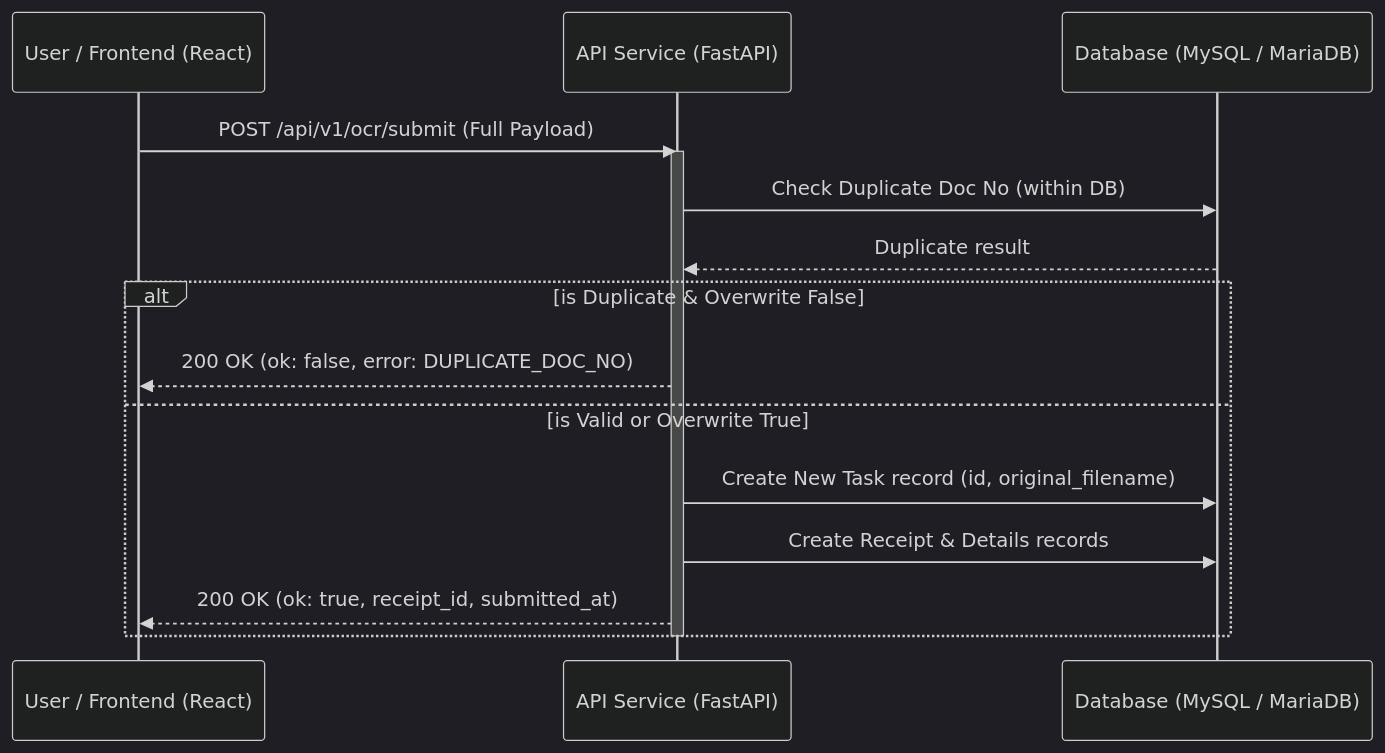
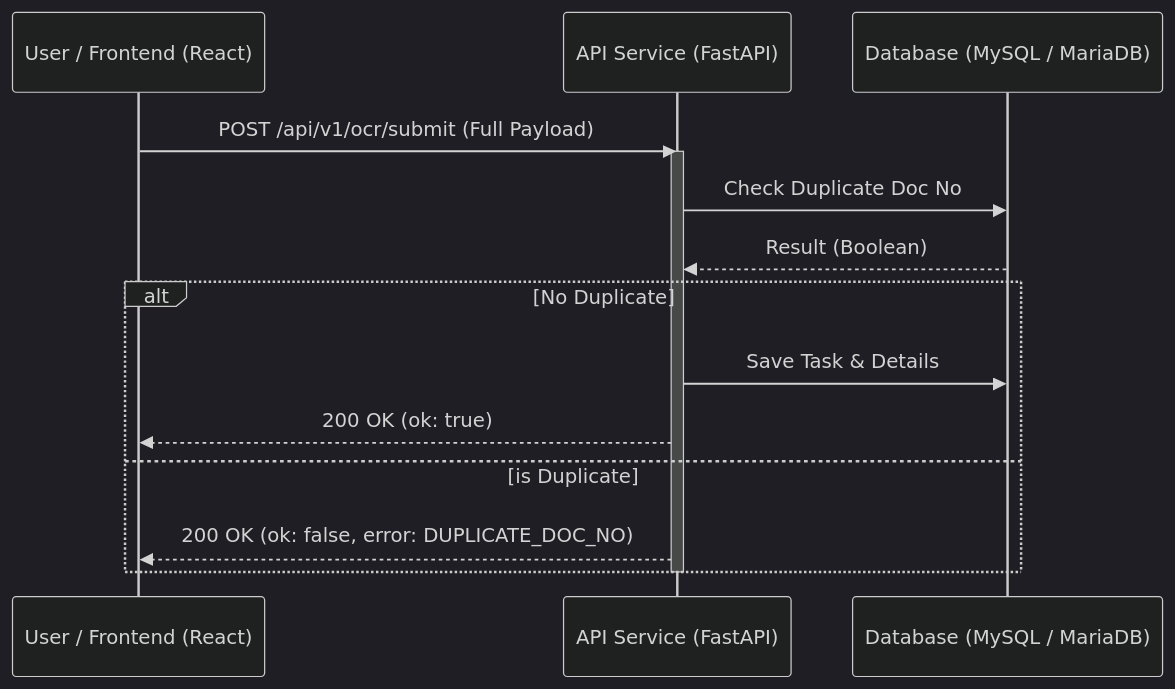
The fifth of 5 diagrams in docs/Software_Requirements_Specification.md (SupportCarmen/OCR), drawn with Mermaid (dark theme) before and after one commit. The commit also changed other lines of this file, not shown here.

````diff
--- a/docs/Software_Requirements_Specification.md
+++ b/docs/Software_Requirements_Specification.md
@@ -93,20 +138,18 @@
 ```mermaid
 sequenceDiagram
     participant User as User / Frontend (React)
     participant API as API Service (FastAPI)
     participant DB as Database (MySQL / MariaDB)
 
     User->>API: POST /api/v1/ocr/submit (Full Payload)
     activate API
-    API->>DB: Check Duplicate Doc No (within DB)
-    DB-->>API: Duplicate result
-    
-    alt is Duplicate & Overwrite False
+    API->>DB: Check Duplicate Doc No
+    DB-->>API: Result (Boolean)
+    alt No Duplicate
+        API->>DB: Save Task & Details
+        API-->>User: 200 OK (ok: true)
+    else is Duplicate
         API-->>User: 200 OK (ok: false, error: DUPLICATE_DOC_NO)
-    else is Valid or Overwrite True
-        API->>DB: Create New Task record (id, original_filename)
-        API->>DB: Create Receipt & Details records
-        API-->>User: 200 OK (ok: true, receipt_id, submitted_at)
     end
     deactivate API
 ```
````
